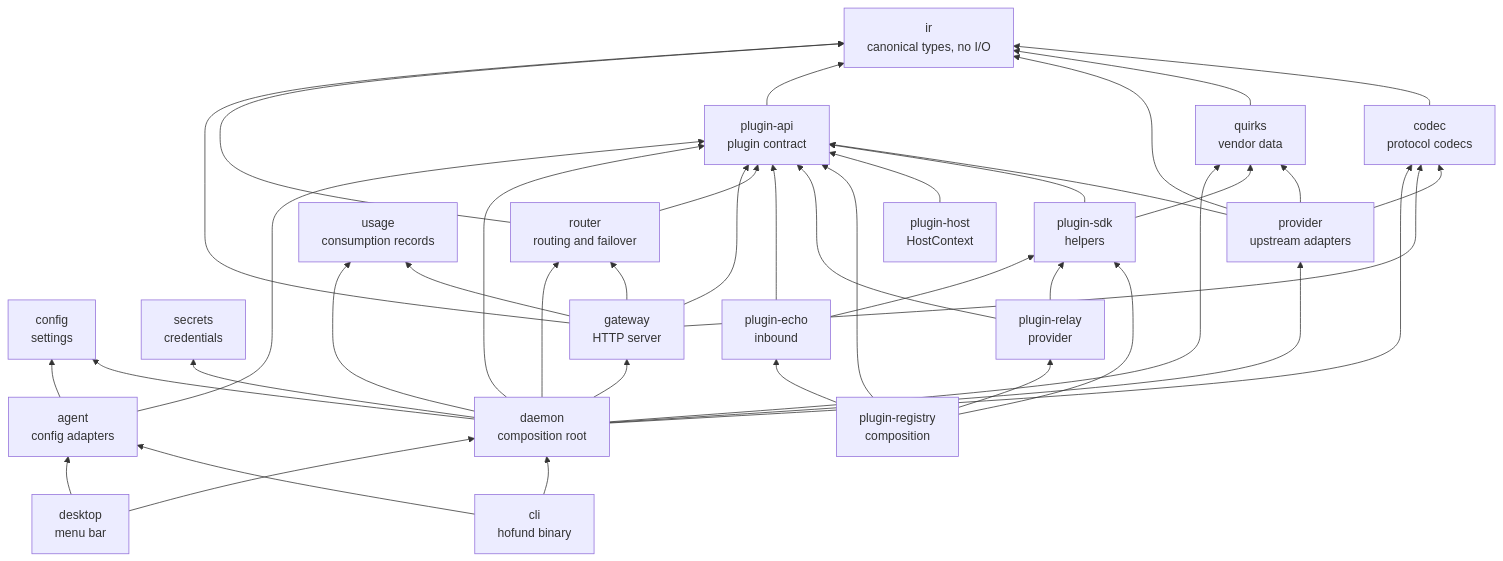
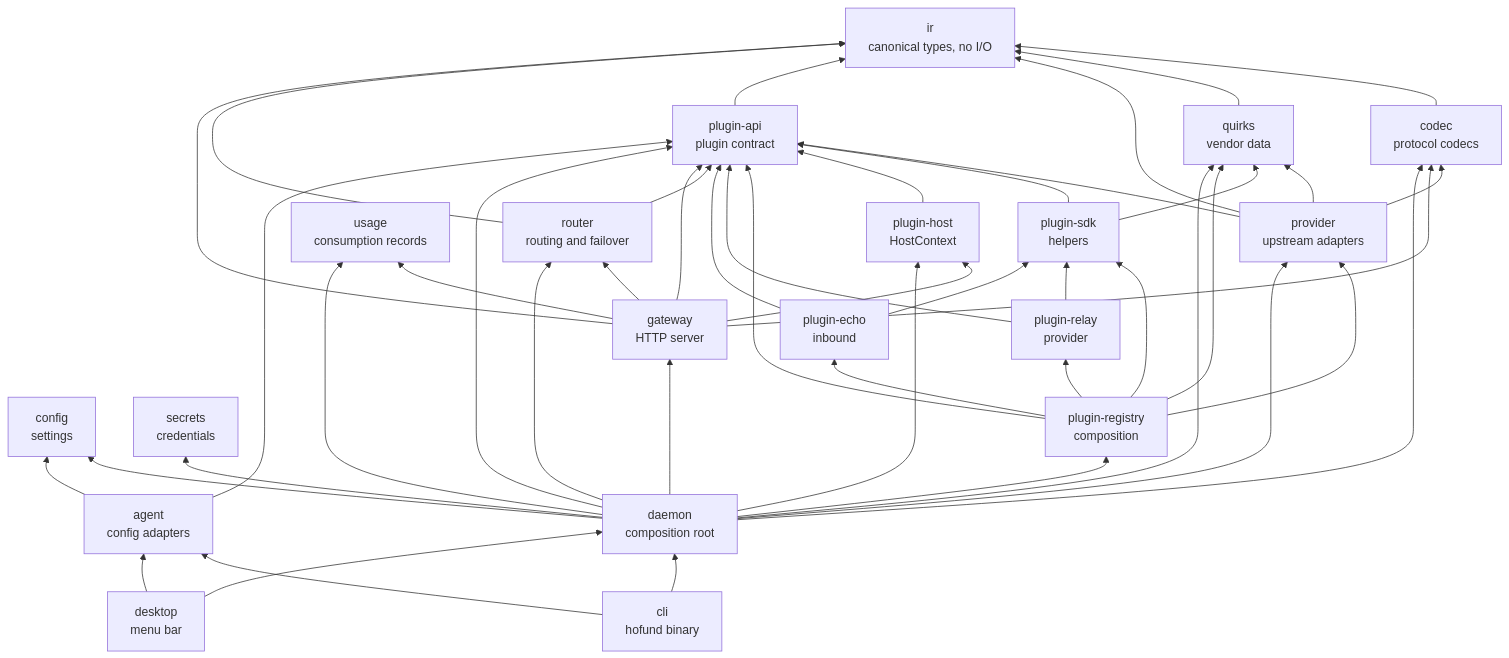
Before and after one commit to logibricks-io/open-heimdall-hofund: the diagram in docs/architecture.md, drawn with Mermaid. The commit also changed other lines of this file and 18 other files, not shown here.

First line of the commit message:
Route four daemon arms through the plugin registry.

````diff
--- a/docs/architecture.md
+++ b/docs/architecture.md
@@ -37,63 +37,68 @@
 ```mermaid
 flowchart BT
   ir["ir<br/>canonical types, no I/O"]
   codec["codec<br/>protocol codecs"]
   quirks["quirks<br/>vendor data"]
   provider["provider<br/>upstream adapters"]
   router["router<br/>routing and failover"]
   config["config<br/>settings"]
   secrets["secrets<br/>credentials"]
   usage["usage<br/>consumption records"]
   agent["agent<br/>config adapters"]
   pluginApi["plugin-api<br/>plugin contract"]
   pluginSdk["plugin-sdk<br/>helpers"]
   pluginHost["plugin-host<br/>HostContext"]
   pluginRegistry["plugin-registry<br/>composition"]
   pluginRelay["plugin-relay<br/>provider"]
   pluginEcho["plugin-echo<br/>inbound"]
   gateway["gateway<br/>HTTP server"]
   daemon["daemon<br/>composition root"]
   cli["cli<br/>hofund binary"]
   desktop["desktop<br/>menu bar"]
 
   codec --> ir
   quirks --> ir
   provider --> codec
   provider --> ir
   provider --> quirks
   provider --> pluginApi
   pluginApi --> ir
   pluginSdk --> pluginApi
   pluginSdk --> quirks
   pluginHost --> pluginApi
   pluginRegistry --> pluginApi
   pluginRegistry --> pluginSdk
   pluginRegistry --> pluginRelay
   pluginRegistry --> pluginEcho
+  pluginRegistry --> provider
+  pluginRegistry --> quirks
   pluginRelay --> pluginApi
   pluginRelay --> pluginSdk
   pluginEcho --> pluginApi
   pluginEcho --> pluginSdk
   router --> pluginApi
   router --> ir
   gateway --> router
   gateway --> codec
   gateway --> ir
   gateway --> usage
   gateway --> pluginApi
+  gateway --> pluginHost
   daemon --> gateway
   daemon --> config
   daemon --> secrets
   daemon --> provider
   daemon --> codec
   daemon --> quirks
   daemon --> router
   daemon --> pluginApi
+  daemon --> pluginHost
+  daemon --> pluginRegistry
   daemon --> usage
   agent --> config
   agent --> pluginApi
   cli --> daemon
   cli --> agent
   desktop --> daemon
   desktop --> agent
 ```
````
